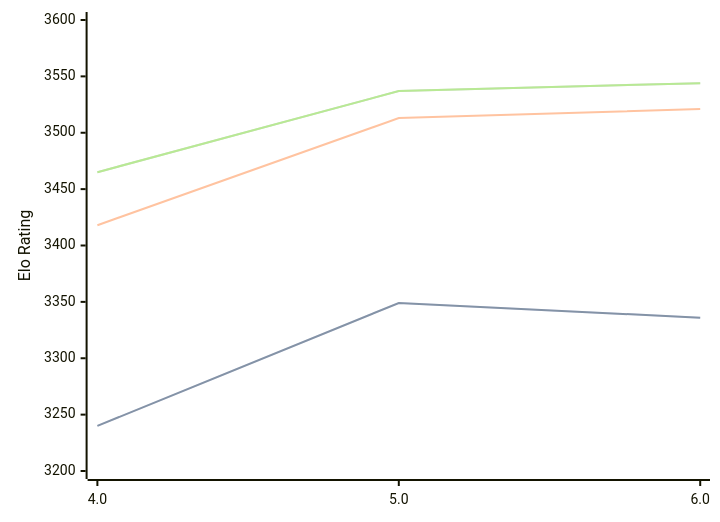
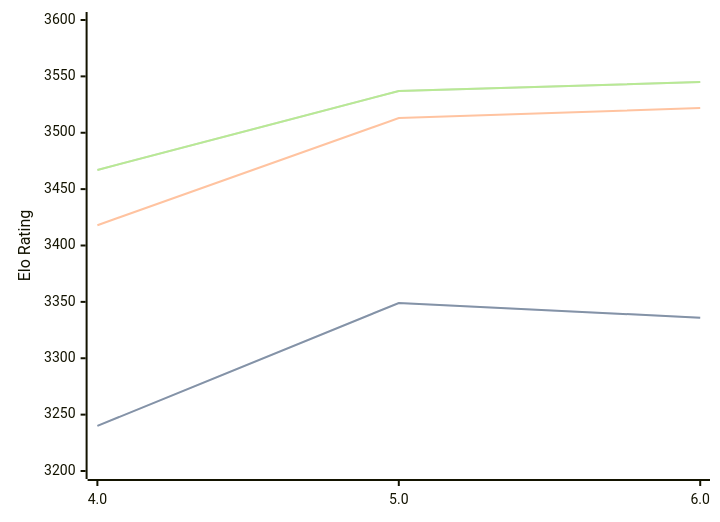
Before and after one commit to computer-chess-index/cci: the third of 3 diagrams in engines/Tarnished.md, drawn with Mermaid. The commit also changed other lines of this file, not shown here.

Commit message:
Update CCI Ratings (ELO VLTC) - 2026-07-18

````diff
--- a/engines/Tarnished.md
+++ b/engines/Tarnished.md
@@ -70,11 +70,11 @@
 ```mermaid
 %%{init: {"theme":"base","themeVariables":{"seriesColors:['#a3a3a3','#222221','#faa371']}}}%%
 xychart-beta
   x-axis ["4.0", "5.0", "6.0"]
   y-axis "Elo Rating" 3200 --> 3600
   line "STC (8.0+0.08s)" [3240, 3349, 3336]
   line "STC (8.0+0.08s)" [3240, 3349, 3336]
-  line "LTC (60.0+0.60s)" [3418, 3513, 3521]
-  line "VLTC (2m24s+1.12s)" [3465, 3537, 3544]
-  line "VLTC (2m24s+1.12s)" [3465, 3537, 3544]
+  line "LTC (60.0+0.60s)" [3418, 3513, 3522]
+  line "VLTC (2m24s+1.12s)" [3467, 3537, 3545]
+  line "VLTC (2m24s+1.12s)" [3467, 3537, 3545]
 ```
````
